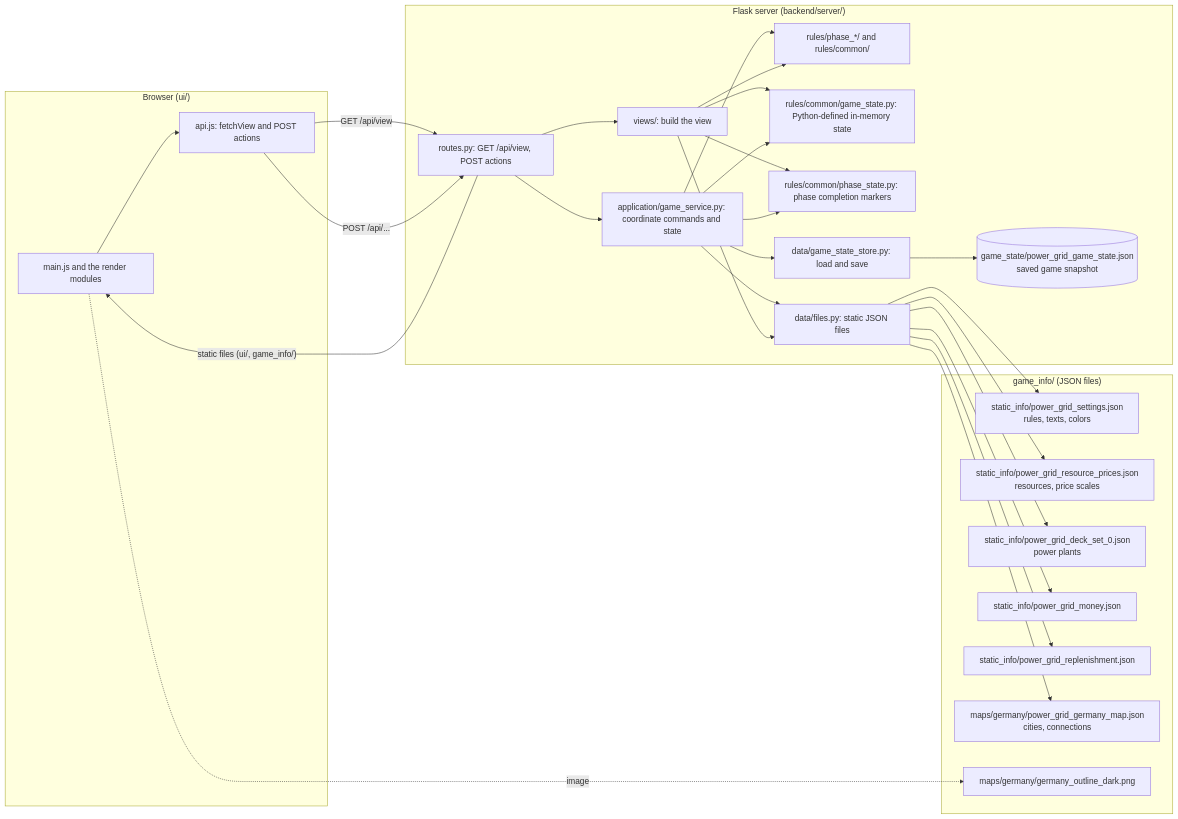
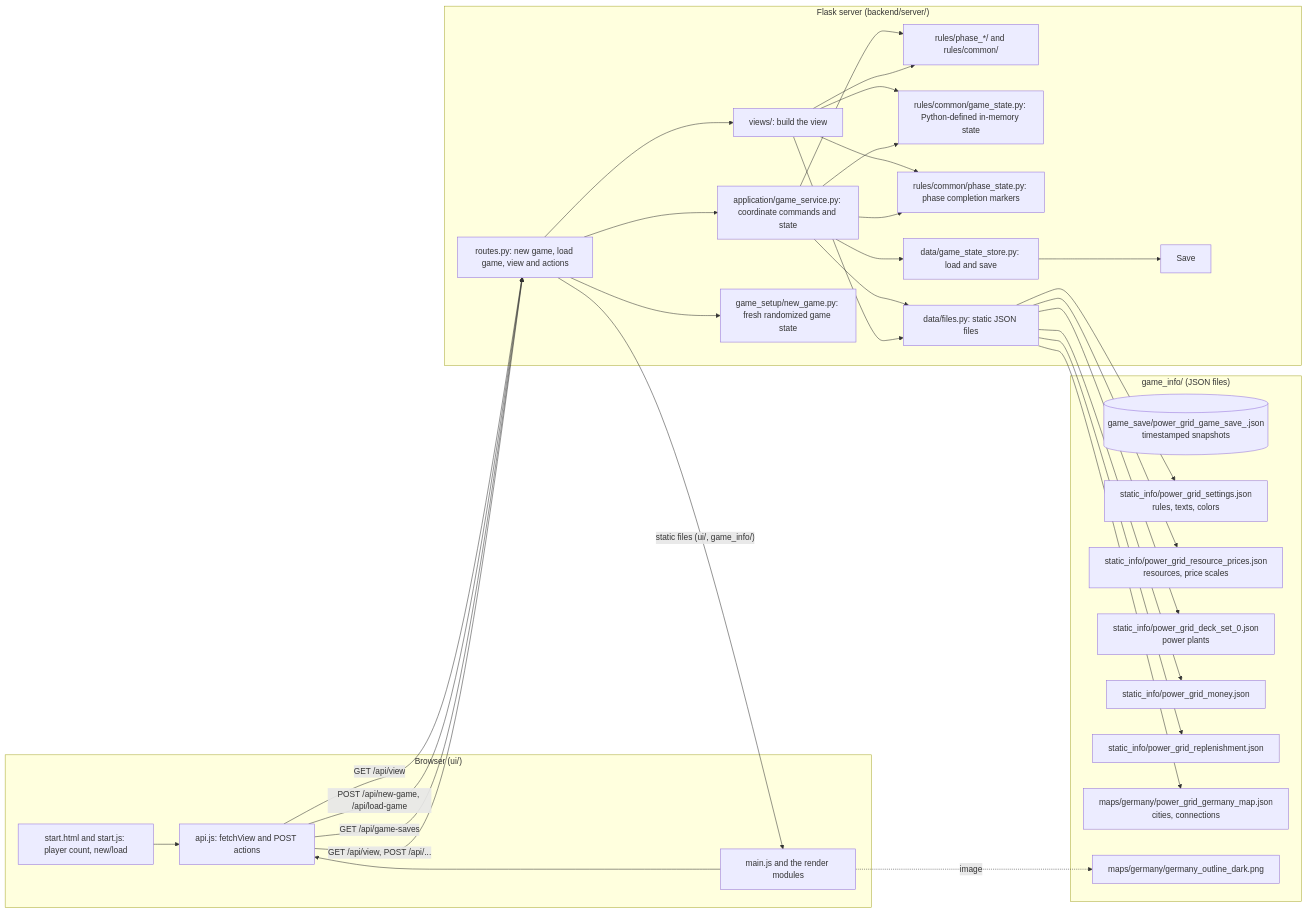
Before and after one commit to runnindrk/power-grid: the diagram in docs/diagrams/01-system-overview.md, drawn with Mermaid. The commit also changed 37 other files, not shown here.

Commit message:
added regions randomization start, added save games, added starter page

````diff
--- a/docs/diagrams/01-system-overview.md
+++ b/docs/diagrams/01-system-overview.md
@@ -5,53 +5,59 @@
 ```mermaid
 flowchart LR
     subgraph Browser["Browser (ui/)"]
+        Start["start.html and start.js: player count, new/load"]
         UI["main.js and the render modules"]
         API["api.js: fetchView and POST actions"]
+        Start --> API
         UI --> API
     end
 
     subgraph Server["Flask server (backend/server/)"]
-        Routes["routes.py: GET /api/view, POST actions"]
+        Routes["routes.py: new game, load game, view and actions"]
         Views["views/: build the view"]
         Service["application/game_service.py: coordinate commands and state"]
+        Setup["game_setup/new_game.py: fresh randomized game state"]
         Rules["rules/phase_*/ and rules/common/"]
         State["rules/common/game_state.py: Python-defined in-memory state"]
         PhaseState["rules/common/phase_state.py: phase completion markers"]
         Data["data/files.py: static JSON files"]
         SaveData["data/game_state_store.py: load and save"]
         Routes --> Views
         Routes --> Service
+        Routes --> Setup
         Views --> State
         Views --> PhaseState
         Service --> State
         Service --> PhaseState
         Service --> Rules
         Service --> Data
         Service --> SaveData
         SaveData --> Save
         Views --> Data
         Views --> Rules
     end
 
     subgraph Files["game_info/ (JSON files)"]
-        Save[("game_state/power_grid_game_state.json<br/>saved game snapshot")]
+        Saves[("game_save/power_grid_game_save_<timestamp>.json<br/>timestamped snapshots")]
         Settings["static_info/power_grid_settings.json<br/>rules, texts, colors"]
         Resources["static_info/power_grid_resource_prices.json<br/>resources, price scales"]
         Deck["static_info/power_grid_deck_set_0.json<br/>power plants"]
         Money["static_info/power_grid_money.json"]
         Replen["static_info/power_grid_replenishment.json"]
         Map["maps/germany/power_grid_germany_map.json<br/>cities, connections"]
         Outline["maps/germany/germany_outline_dark.png"]
     end
 
     API -- "GET /api/view" --> Routes
-    API -- "POST /api/..." --> Routes
+    API -- "POST /api/new-game, /api/load-game" --> Routes
+    API -- "GET /api/game-saves" --> Routes
+    API -- "GET /api/view, POST /api/..." --> Routes
     Routes -- "static files (ui/, game_info/)" --> UI
     Data --> Settings
     Data --> Resources
     Data --> Deck
     Data --> Money
     Data --> Replen
     Data --> Map
     UI -. "image" .-> Outline
 ```
````
